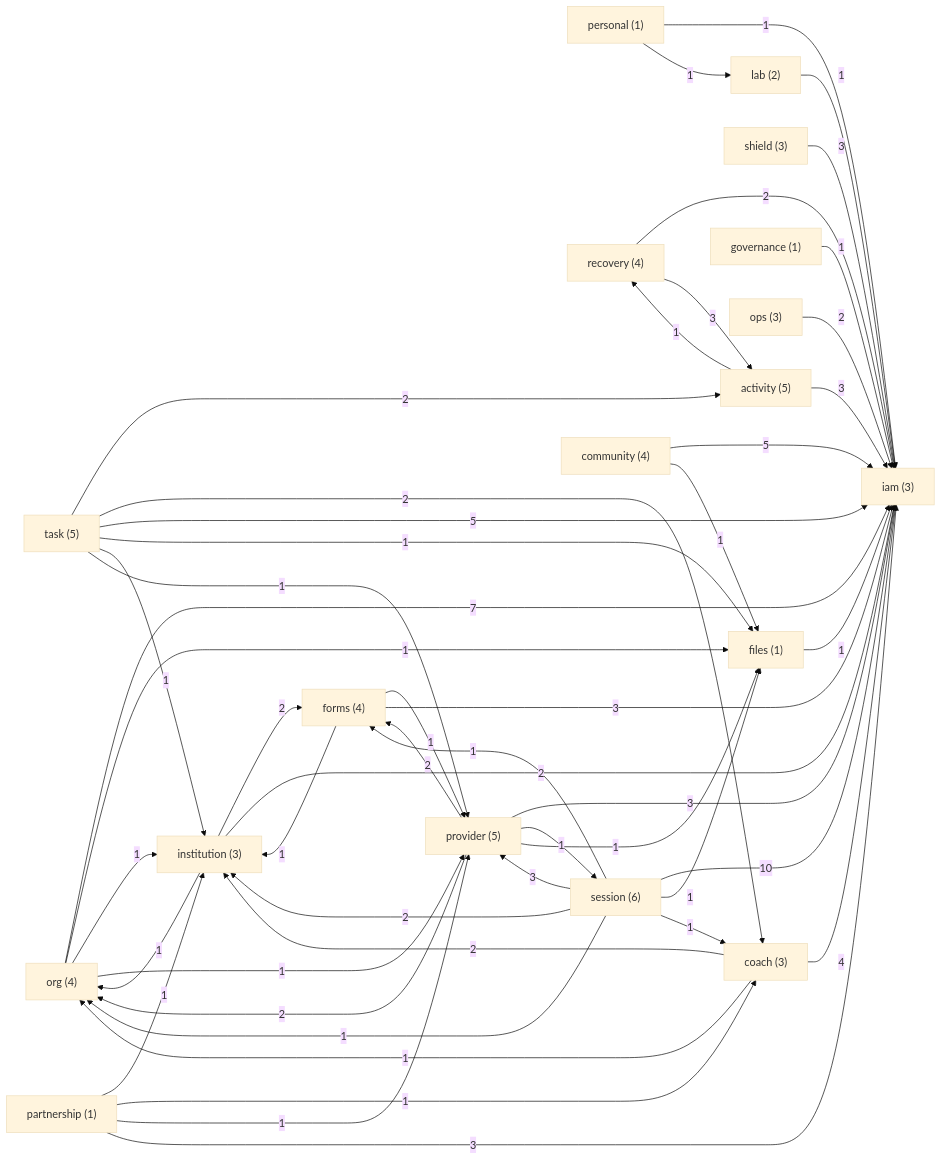
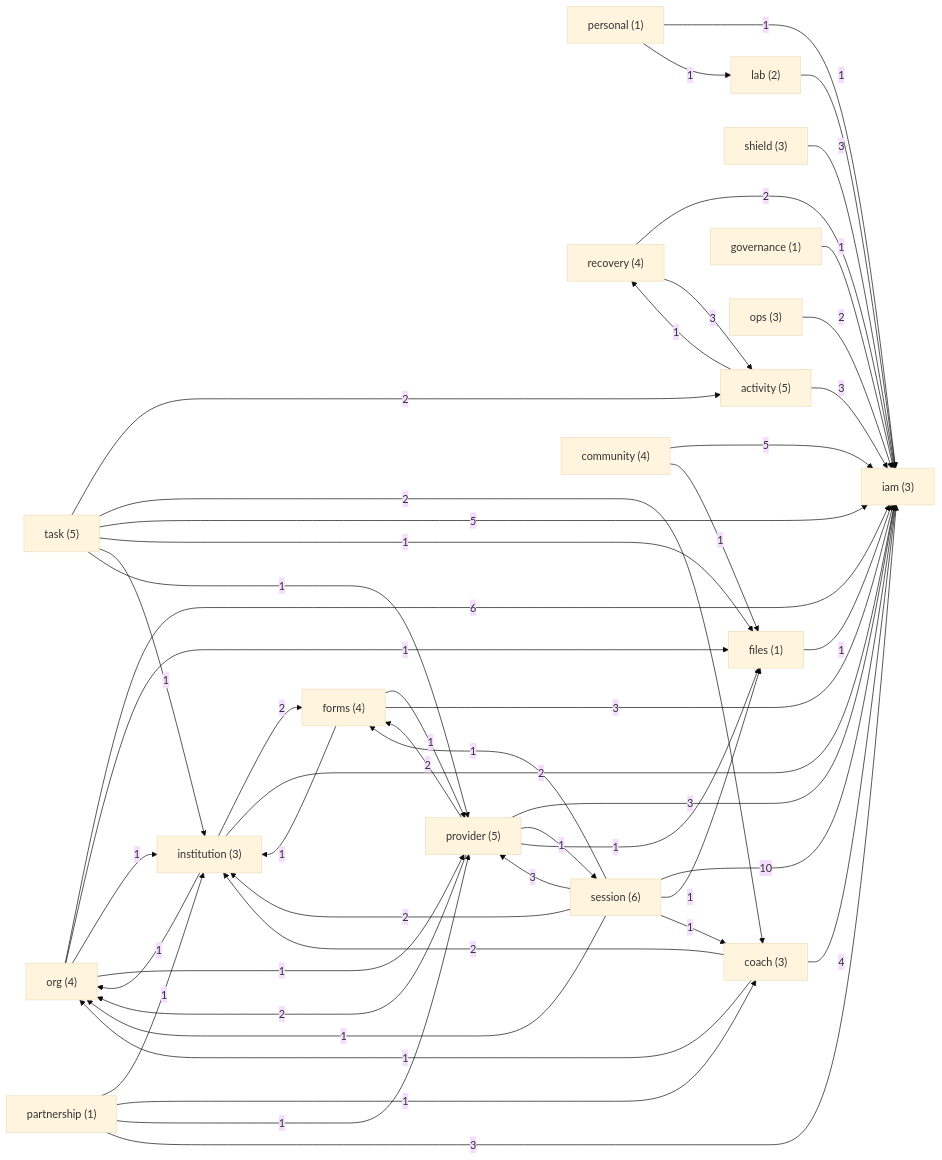
The first of 19 diagrams in docs/architecture/database/v5-lean-design/04-erd.md (ahmadfa100/DeepSprout), drawn with Mermaid (base theme) before and after one commit. The commit also changed other lines of this file and 380 other files, not shown here.

````diff
--- a/docs/architecture/database/v5-lean-design/04-erd.md
+++ b/docs/architecture/database/v5-lean-design/04-erd.md
@@ -7,69 +7,69 @@
 ```mermaid
 flowchart LR
   iam["iam (3)"]
   org["org (4)"]
   personal["personal (1)"]
   lab["lab (2)"]
   recovery["recovery (4)"]
   activity["activity (5)"]
   shield["shield (3)"]
   institution["institution (3)"]
   coach["coach (3)"]
   task["task (5)"]
   session["session (6)"]
   provider["provider (5)"]
   forms["forms (4)"]
   community["community (4)"]
   partnership["partnership (1)"]
   governance["governance (1)"]
   ops["ops (3)"]
   files["files (1)"]
-  org -->|7| iam
+  org -->|6| iam
   org -->|1| files
   org -->|1| institution
   org -->|1| provider
   personal -->|1| iam
   personal -->|1| lab
   lab -->|1| iam
   recovery -->|2| iam
   recovery -->|3| activity
   activity -->|3| iam
   activity -->|1| recovery
   shield -->|3| iam
   institution -->|1| org
   institution -->|2| forms
   institution -->|2| iam
   coach -->|4| iam
   coach -->|2| institution
   coach -->|1| org
   task -->|2| activity
   task -->|2| coach
   task -->|5| iam
   task -->|1| files
   task -->|1| institution
   task -->|1| provider
   session -->|2| institution
   session -->|3| provider
   session -->|10| iam
   session -->|1| org
   session -->|1| forms
   session -->|1| files
   session -->|1| coach
   provider -->|2| org
   provider -->|2| forms
   provider -->|3| iam
   provider -->|1| session
   provider -->|1| files
   forms -->|1| institution
   forms -->|1| provider
   forms -->|3| iam
   community -->|5| iam
   community -->|1| files
   partnership -->|1| institution
   partnership -->|1| coach
   partnership -->|1| provider
   partnership -->|3| iam
   governance -->|1| iam
   ops -->|2| iam
   files -->|1| iam
 ```
````
